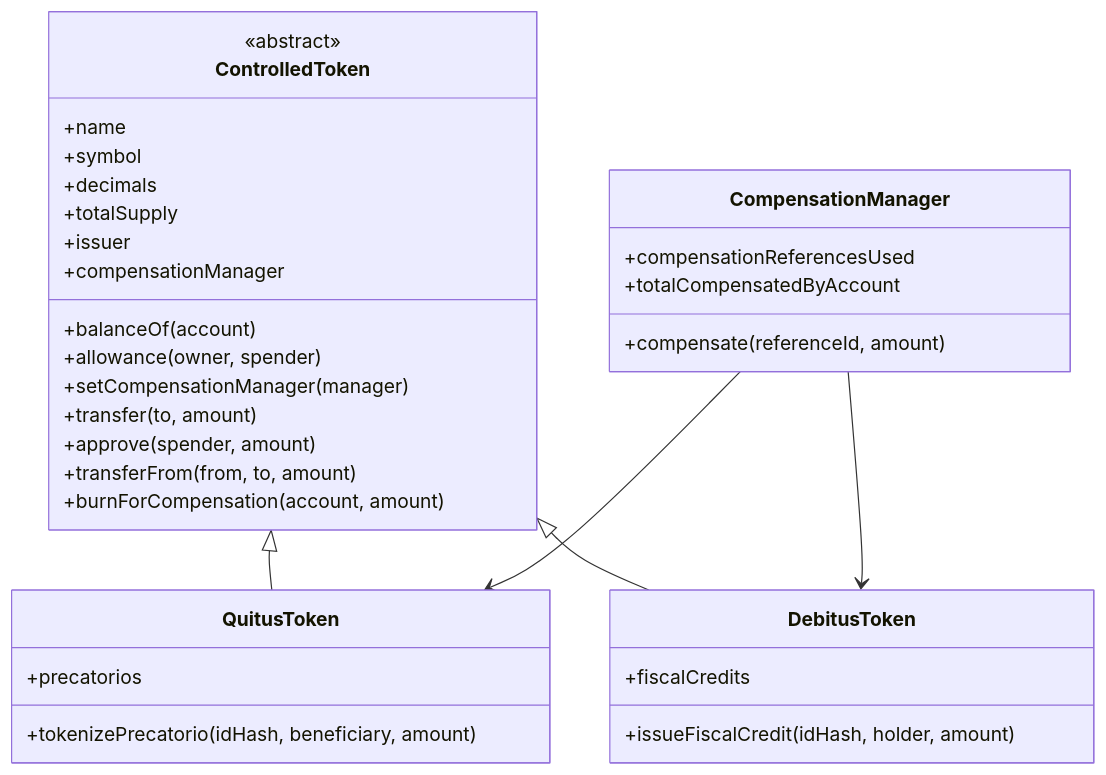
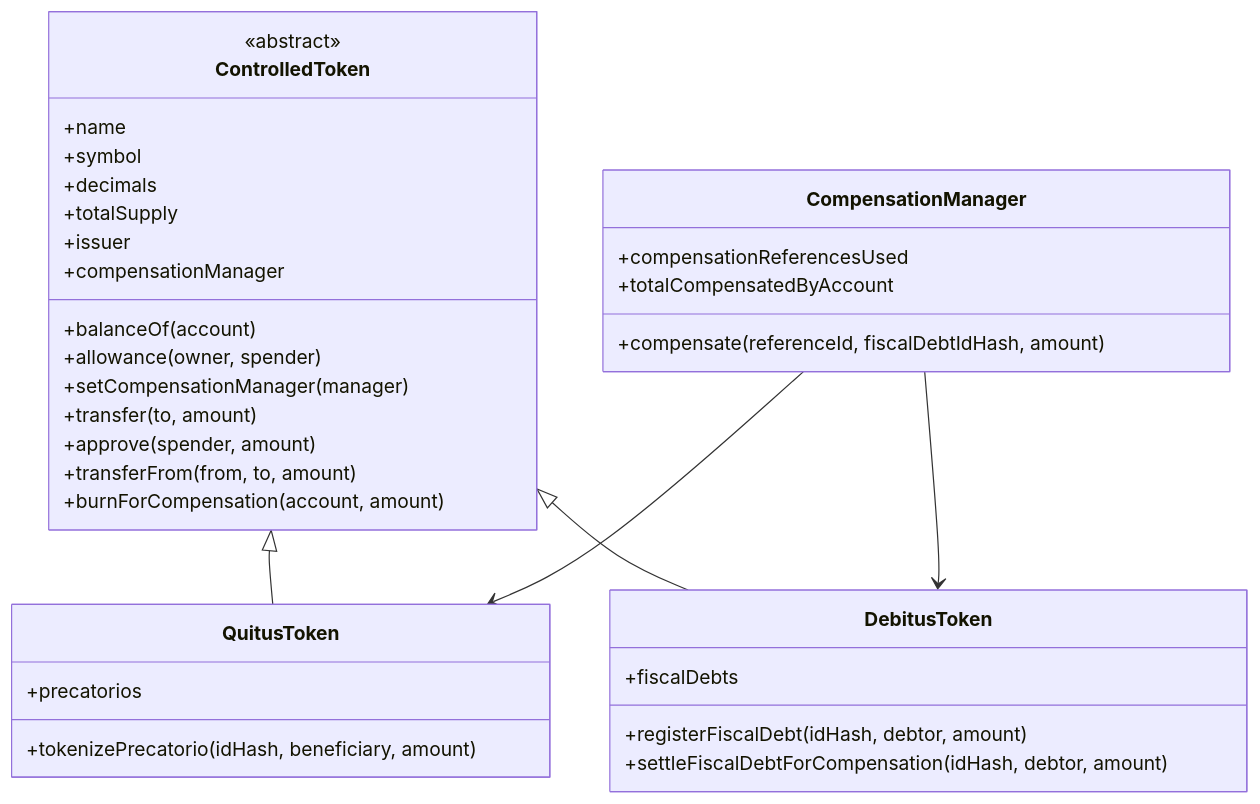
One commit to Victor-droid165/blockchain changed the first of 2 diagrams in Lab4/docs/modelo-solucao.md. Above: the diagram before and after it, drawn with Mermaid. The commit also changed other lines of this file and 8 other files, not shown here.

````diff
--- a/Lab4/docs/modelo-solucao.md
+++ b/Lab4/docs/modelo-solucao.md
@@ -11,40 +11,41 @@
 ```mermaid
 classDiagram
     class ControlledToken {
         <<abstract>>
         +name
         +symbol
         +decimals
         +totalSupply
         +issuer
         +compensationManager
         +balanceOf(account)
         +allowance(owner, spender)
         +setCompensationManager(manager)
         +transfer(to, amount)
         +approve(spender, amount)
         +transferFrom(from, to, amount)
         +burnForCompensation(account, amount)
     }
 
     class QuitusToken {
         +precatorios
         +tokenizePrecatorio(idHash, beneficiary, amount)
     }
 
     class DebitusToken {
-        +fiscalCredits
-        +issueFiscalCredit(idHash, holder, amount)
+        +fiscalDebts
+        +registerFiscalDebt(idHash, debtor, amount)
+        +settleFiscalDebtForCompensation(idHash, debtor, amount)
     }
 
     class CompensationManager {
         +compensationReferencesUsed
         +totalCompensatedByAccount
-        +compensate(referenceId, amount)
+        +compensate(referenceId, fiscalDebtIdHash, amount)
     }
 
     ControlledToken <|-- QuitusToken
     ControlledToken <|-- DebitusToken
     CompensationManager --> QuitusToken
     CompensationManager --> DebitusToken
 ```
````
